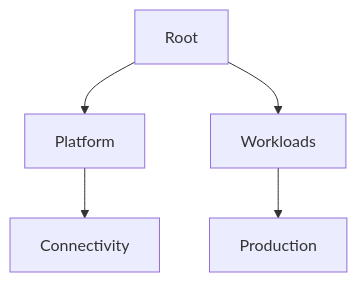
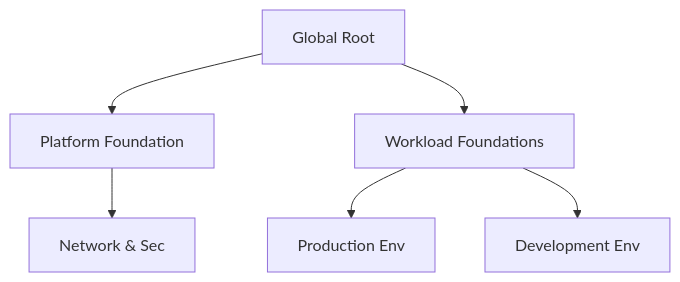
One commit to Devopstrio/hybrid-landingzone changed the fourth of 30 diagrams in README.md. Above: the diagram before and after it, drawn with Mermaid. The commit also changed other lines of this file, not shown here.

Commit message:
docs: finalize premium institutional-grade README with 30+ diagrams and executive summary

````diff
--- a/README.md
+++ b/README.md
@@ -59,7 +101,8 @@
 ```mermaid
 graph TD
-    Root[Root] --> Plat[Platform]
-    Root --> Work[Workloads]
-    Plat --> Conn[Connectivity]
-    Work --> Prod[Production]
+    Root[Global Root] --> Plat[Platform Foundation]
+    Root --> Work[Workload Foundations]
+    Plat --> Conn[Network & Sec]
+    Work --> Prod[Production Env]
+    Work --> Dev[Development Env]
 ```
````
